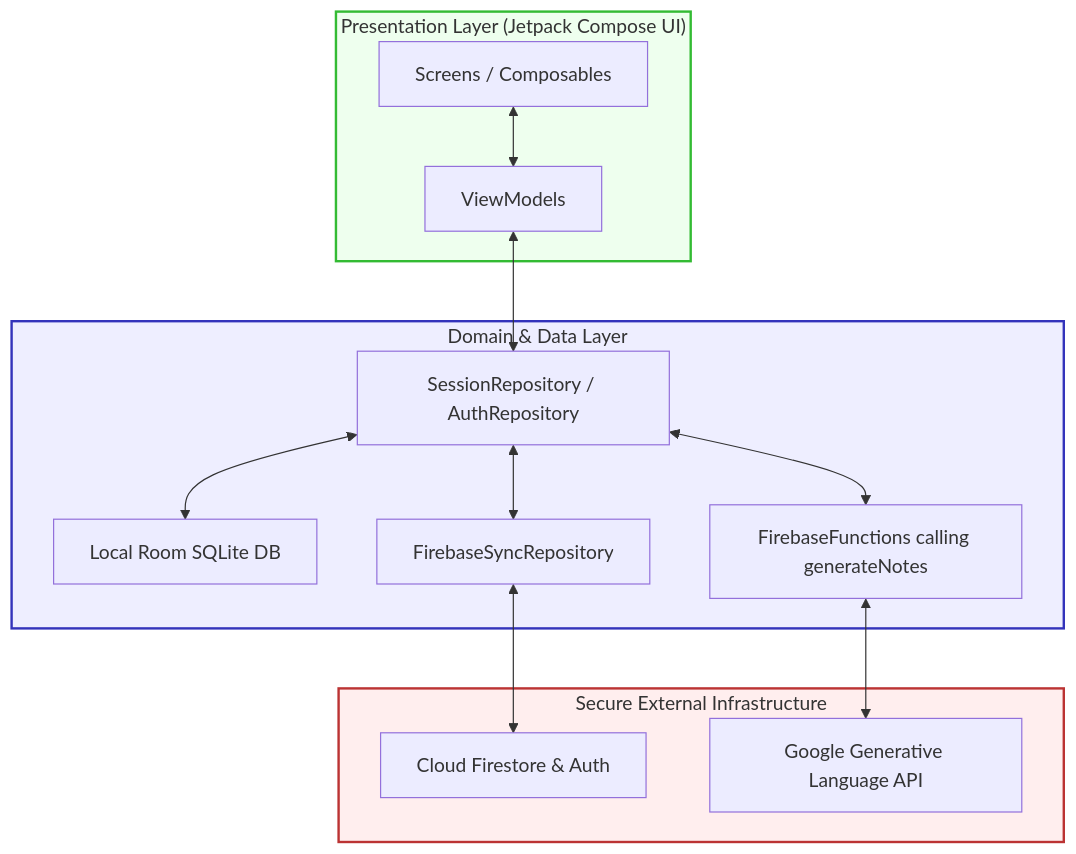
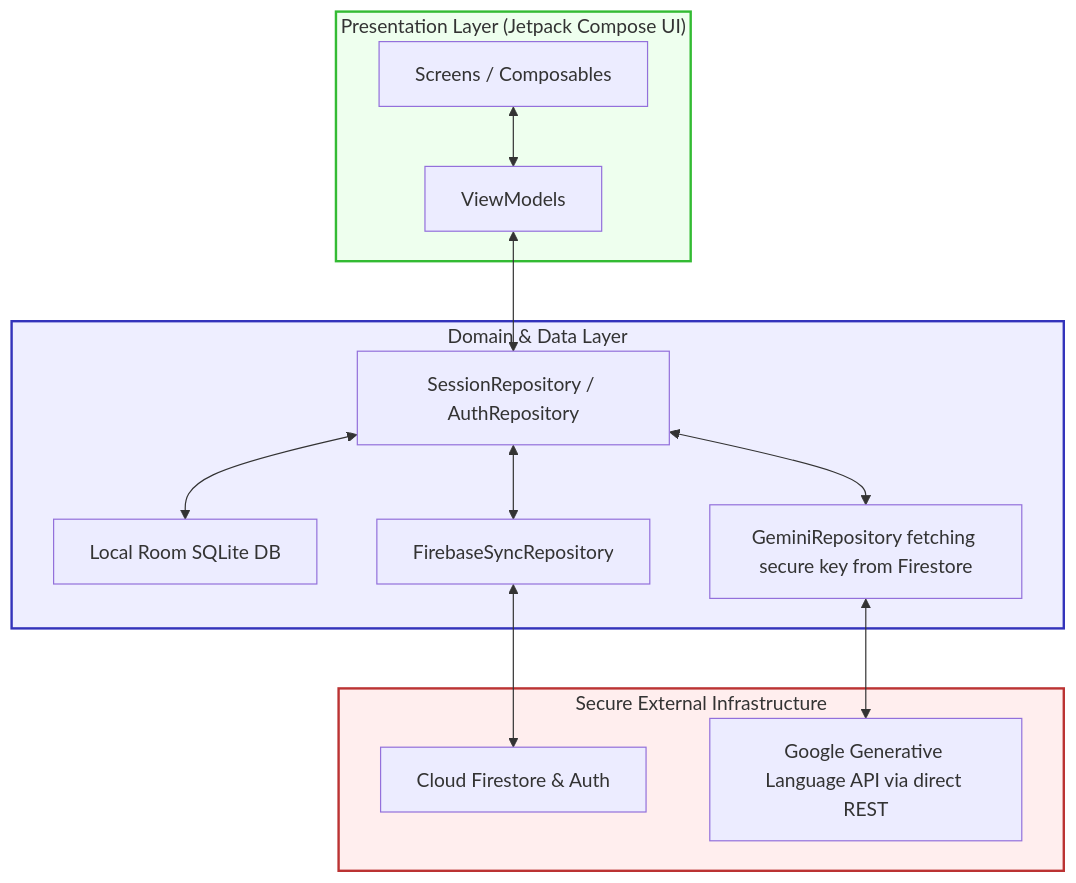
Before and after one commit to anuragsutar887-hash/ai-notes-generator: the second of 2 diagrams in README.md, drawn with Mermaid. The commit also changed other lines of this file and 8 other files, not shown here.

Commit message:
feat: migrate secure server-side AI pipeline to 100% free Firestore Spark plan

````diff
--- a/README.md
+++ b/README.md
@@ -116,22 +118,22 @@
 ```mermaid
 flowchart TD
     subgraph PresLayer["Presentation Layer (Jetpack Compose UI)"]
         UI[Screens / Composables] <--> VM[ViewModels]
     end
     
     subgraph DomainDataLayer["Domain & Data Layer"]
         VM <--> Repo[SessionRepository / AuthRepository]
         Repo <--> Room[Local Room SQLite DB]
         Repo <--> CloudSync[FirebaseSyncRepository]
-        Repo <--> BackendProxy[FirebaseFunctions calling generateNotes]
+        Repo <--> GeminiRepo[GeminiRepository fetching secure key from Firestore]
     end
 
     subgraph ExtServices["Secure External Infrastructure"]
         CloudSync <--> FireStore[Cloud Firestore & Auth]
-        BackendProxy <--> GoogleGemini[Google Generative Language API]
+        GeminiRepo <--> GoogleGemini[Google Generative Language API via direct REST]
     end
     
     style PresLayer fill:#efe,stroke:#3b3,stroke-width:2px
     style DomainDataLayer fill:#eef,stroke:#33b,stroke-width:2px
     style ExtServices fill:#fee,stroke:#b33,stroke-width:2px
 ```
````
